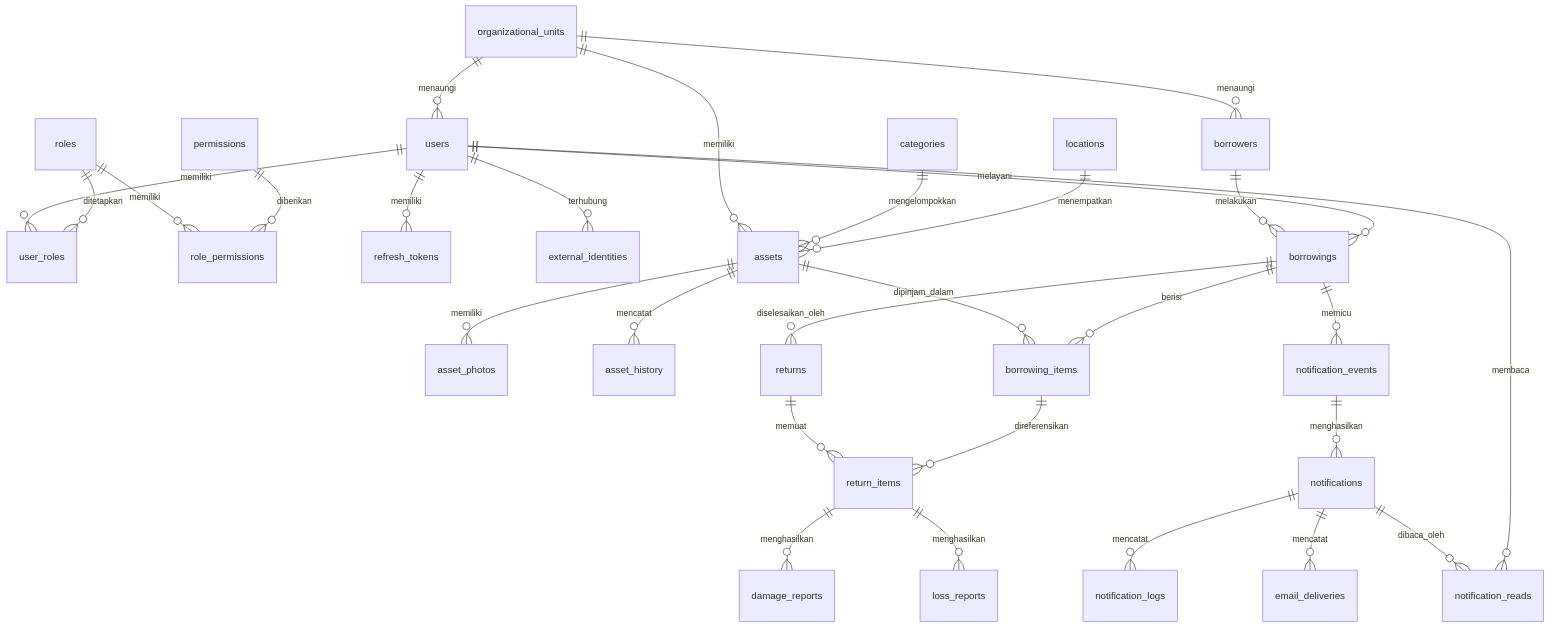
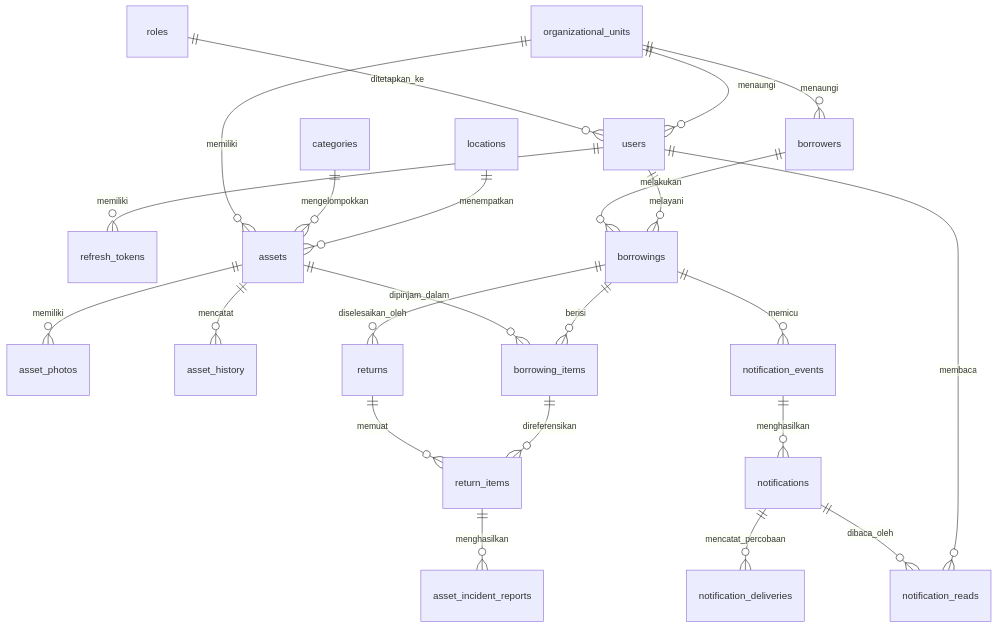
One commit to lemonade199/SIIPB changed the fourth of 4 diagrams in docs/api-management-report.md. Above: the diagram before and after it, drawn with Mermaid. The commit also changed other lines of this file and 9 other files, not shown here.

````diff
--- a/docs/api-management-report.md
+++ b/docs/api-management-report.md
@@ -460,37 +460,31 @@
 ```mermaid
 erDiagram
-    users ||--o{ user_roles : "memiliki"
-    roles ||--o{ user_roles : "ditetapkan"
-    roles ||--o{ role_permissions : "memiliki"
-    permissions ||--o{ role_permissions : "diberikan"
+    roles ||--o{ users : "ditetapkan_ke"
     users ||--o{ refresh_tokens : "memiliki"
-    users ||--o{ external_identities : "terhubung"
 
     organizational_units ||--o{ users : "menaungi"
     organizational_units ||--o{ borrowers : "menaungi"
     organizational_units ||--o{ assets : "memiliki"
     categories ||--o{ assets : "mengelompokkan"
     locations ||--o{ assets : "menempatkan"
 
     assets ||--o{ asset_photos : "memiliki"
     assets ||--o{ asset_history : "mencatat"
     assets ||--o{ borrowing_items : "dipinjam_dalam"
 
     borrowers ||--o{ borrowings : "melakukan"
     users ||--o{ borrowings : "melayani"
     borrowings ||--o{ borrowing_items : "berisi"
 
     borrowings ||--o{ returns : "diselesaikan_oleh"
     returns ||--o{ return_items : "memuat"
     borrowing_items ||--o{ return_items : "direferensikan"
 
-    return_items ||--o{ damage_reports : "menghasilkan"
-    return_items ||--o{ loss_reports : "menghasilkan"
+    return_items ||--o{ asset_incident_reports : "menghasilkan"
 
     borrowings ||--o{ notification_events : "memicu"
     notification_events ||--o{ notifications : "menghasilkan"
-    notifications ||--o{ notification_logs : "mencatat"
-    notifications ||--o{ email_deliveries : "mencatat"
+    notifications ||--o{ notification_deliveries : "mencatat_percobaan"
     notifications ||--o{ notification_reads : "dibaca_oleh"
     users ||--o{ notification_reads : "membaca"
 ```
````
